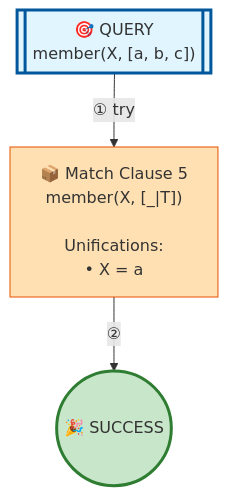
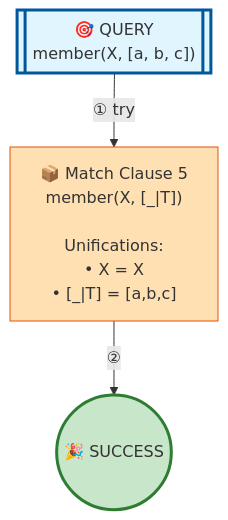
Before and after one commit to jarecsni/prolog-trace-viz: the diagram in examples/member-detailed.md, drawn with Mermaid. The commit also changed 17 other files, not shown here.

````diff
--- a/examples/member-detailed.md
+++ b/examples/member-detailed.md
@@ -18,17 +18,17 @@
 ```mermaid
 graph TD
 
 %% Nodes
 A[["🎯 QUERY<br/>member(X, [a, b, c])"]]
-B["📦 Match Clause 5<br/>member(X, [_|T])<br/><br/>Unifications:<br/>• X = a"]
+B["📦 Match Clause 5<br/>member(X, [_|T])<br/><br/>Unifications:<br/>• X = X<br/>• [_|T] = [a,b,c]"]
 C(("🎉 SUCCESS"))
 
 %% Edges
 A -->|"① try"| B
 B -->|"②"| C
 
 %% Styles
 style A fill:#e1f5ff,stroke:#01579b,stroke-width:3px
 style B fill:#ffe0b2,stroke:#e65100
 style C fill:#c8e6c9,stroke:#2e7d32,stroke-width:3px
 ```
````
